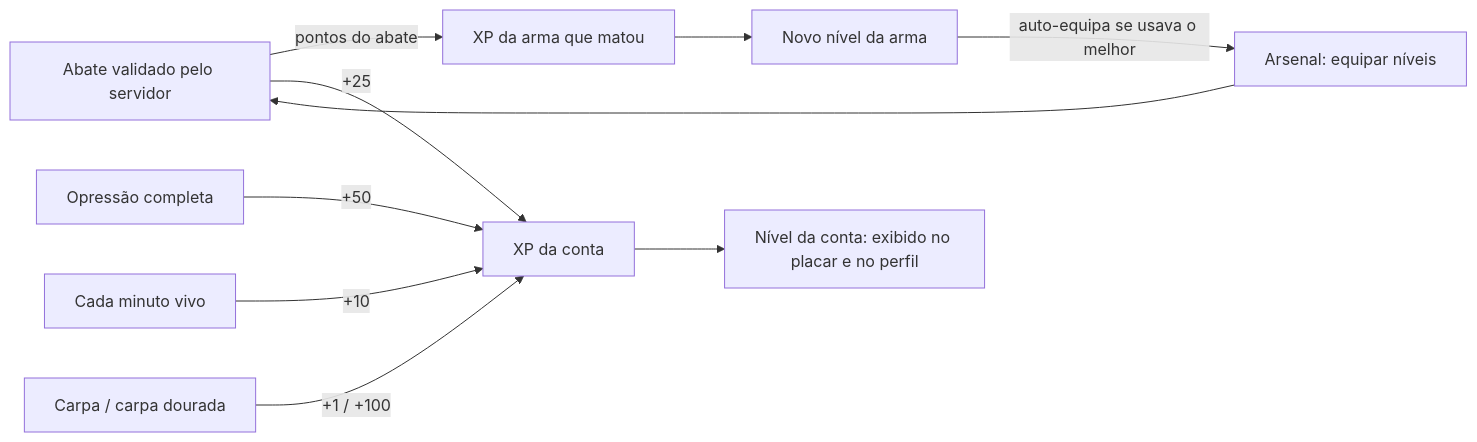
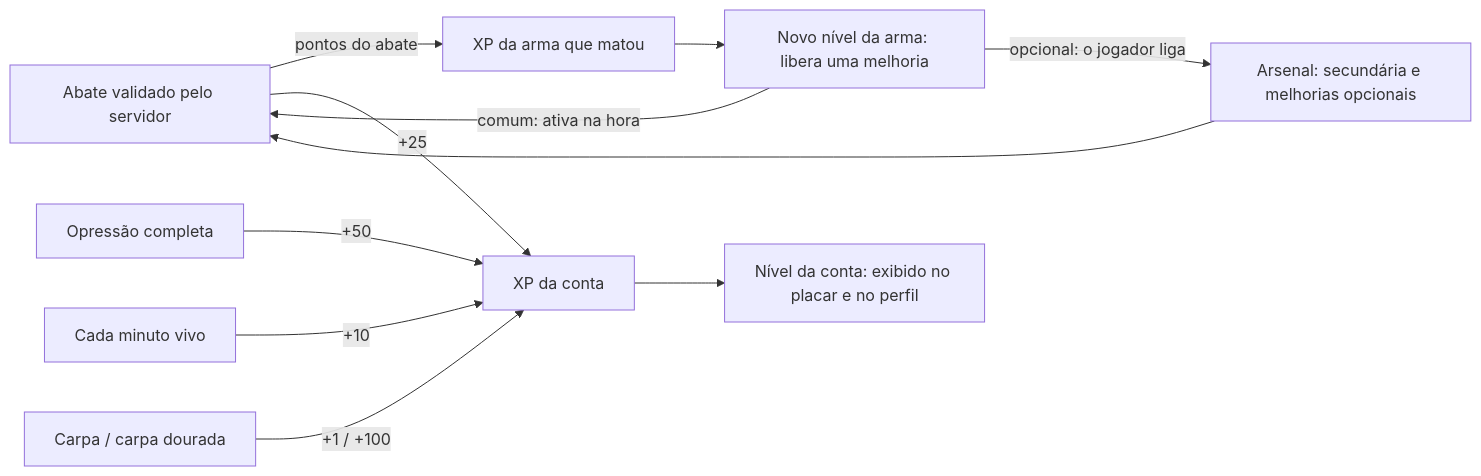
The second of 2 diagrams in Game-Vault/01 - Vision & Design/Core Loop.md (JPLabussiereF/offensive-combat-reload), drawn with Mermaid before and after one commit. The commit also changed other lines of this file and 123 other files, not shown here.

````diff
--- a/Game-Vault/01 - Vision & Design/Core Loop.md
+++ b/Game-Vault/01 - Vision & Design/Core Loop.md
@@ -52,12 +53,13 @@
 ```mermaid
 flowchart LR
     Kill[Abate validado pelo servidor] -->|pontos do abate| WXP[XP da arma que matou]
     Kill -->|+25| AXP[XP da conta]
     Opp[Opressão completa] -->|+50| AXP
     Alive[Cada minuto vivo] -->|+10| AXP
     Fish[Carpa / carpa dourada] -->|+1 / +100| AXP
-    WXP --> Lvl[Novo nível da arma]
-    Lvl -->|auto-equipa se usava o melhor| Arsenal[Arsenal: equipar níveis]
+    WXP --> Lvl[Novo nível da arma: libera uma melhoria]
+    Lvl -->|comum: ativa na hora| Kill
+    Lvl -->|opcional: o jogador liga| Arsenal[Arsenal: secundária e melhorias opcionais]
     Arsenal --> Kill
     AXP --> AL[Nível da conta: exibido no placar e no perfil]
 ```
````
